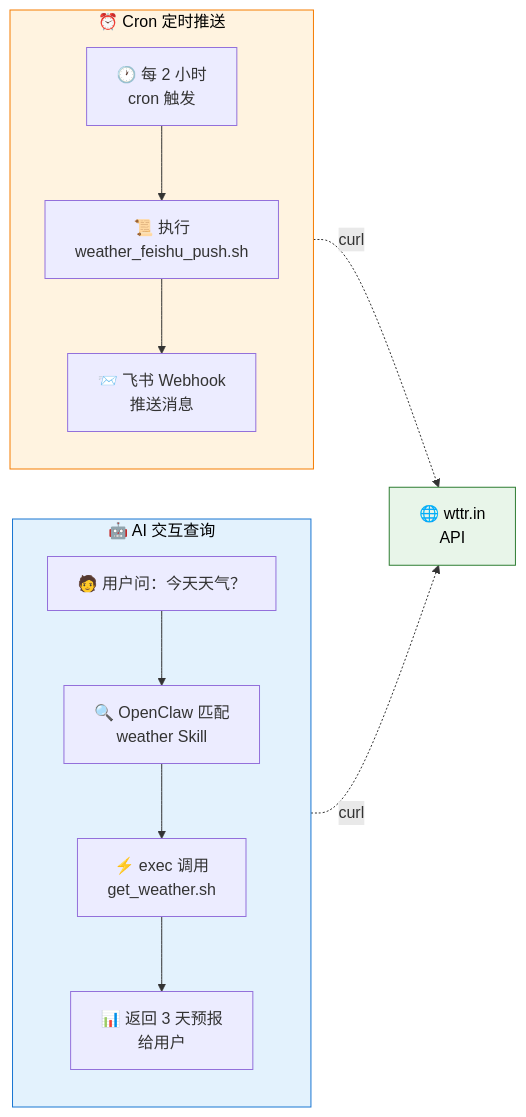
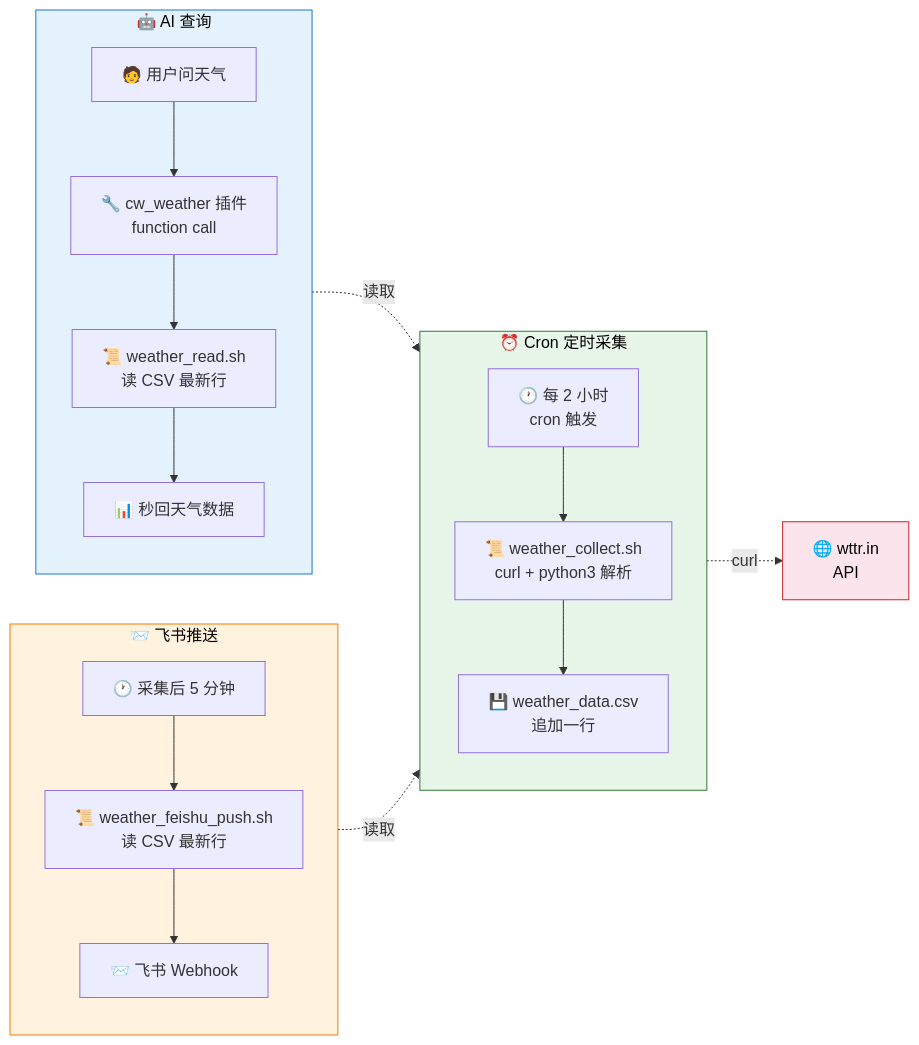
One commit to chenweidu666/OpenClaw-Private-AI changed the second of 5 diagrams in docs/5_OpenClaw_Skills.md. Above: the diagram before and after it, drawn with Mermaid. The commit also changed other lines of this file and 5 other files, not shown here.

````diff
--- a/docs/5_OpenClaw_Skills.md
+++ b/docs/5_OpenClaw_Skills.md
@@ -341,28 +238,38 @@
 ```mermaid
 flowchart LR
     API["🌐 wttr.in\nAPI"]
 
-    subgraph ai ["🤖 AI 交互查询"]
+    subgraph collect ["⏰ Cron 定时采集"]
         direction TB
-        A1["🧑 用户问：今天天气？"]
-        A2["🔍 OpenClaw 匹配\nweather Skill"]
-        A3["⚡ exec 调用\nget_weather.sh"]
-        A4["📊 返回 3 天预报\n给用户"]
+        C1["🕐 每 2 小时\ncron 触发"]
+        C2["📜 weather_collect.sh\ncurl + python3 解析"]
+        C3["💾 weather_data.csv\n追加一行"]
+        C1 --> C2 --> C3
+    end
+
+    subgraph push ["📨 飞书推送"]
+        direction TB
+        P1["🕐 采集后 5 分钟"]
+        P2["📜 weather_feishu_push.sh\n读 CSV 最新行"]
+        P3["📨 飞书 Webhook"]
+        P1 --> P2 --> P3
+    end
+
+    subgraph ai ["🤖 AI 查询"]
+        direction TB
+        A1["🧑 用户问天气"]
+        A2["🔧 cw_weather 插件\nfunction call"]
+        A3["📜 weather_read.sh\n读 CSV 最新行"]
+        A4["📊 秒回天气数据"]
         A1 --> A2 --> A3 --> A4
     end
 
-    subgraph cron ["⏰ Cron 定时推送"]
-        direction TB
-        B1["🕐 每 2 小时\ncron 触发"]
-        B2["📜 执行\nweather_feishu_push.sh"]
-        B3["📨 飞书 Webhook\n推送消息"]
-        B1 --> B2 --> B3
-    end
+    C2 -. "curl" .-> API
+    P2 -. "读取" .-> C3
+    A3 -. "读取" .-> C3
 
-    A3 -. "curl" .-> API
-    B2 -. "curl" .-> API
-
+    style collect fill:#e8f5e9,stroke:#2e7d32,color:#000
+    style push fill:#fff3e0,stroke:#f57c00,color:#000
     style ai fill:#e3f2fd,stroke:#1976d2,color:#000
-    style cron fill:#fff3e0,stroke:#f57c00,color:#000
-    style API fill:#e8f5e9,stroke:#2e7d32,color:#000
+    style API fill:#fce4ec,stroke:#c62828,color:#000
 ```
````
